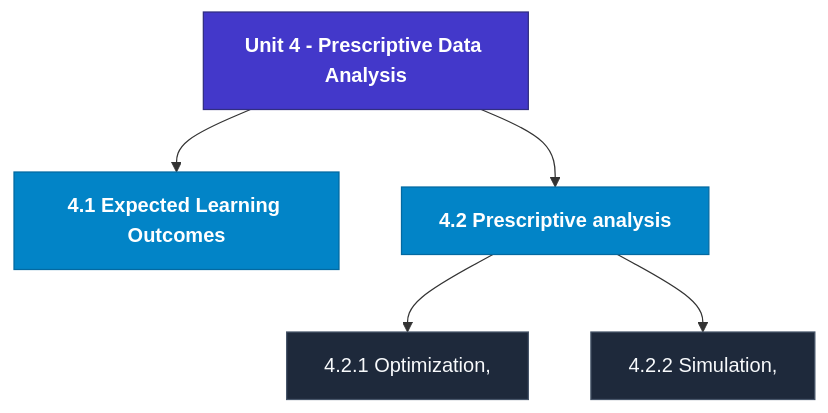
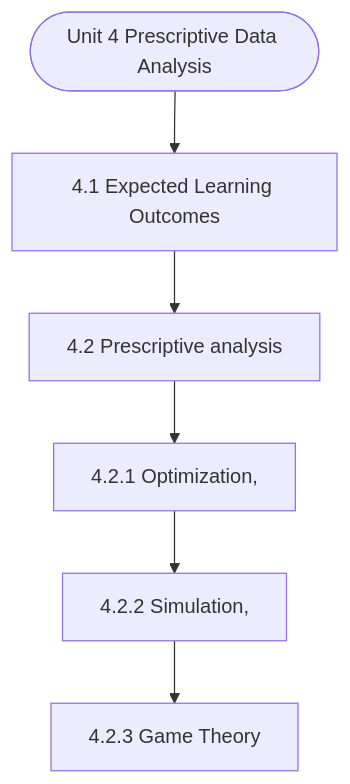
One commit to Asutosh-Coaching/mscdsa changed the diagram in notes/Semester_2/MCS-068_Predictive_Data_Analysis/unit_04_Prescriptive_Data_Analysis.md. Above: the diagram before and after it, drawn with Mermaid. The commit also changed other lines of this file and 115 other files, not shown here.

Commit message:
Fix Mermaid layout for mobile, isolate LaTeX delimiters, and add GitHub Pages reader

````diff
--- a/notes/Semester_2/MCS-068_Predictive_Data_Analysis/unit_04_Prescriptive_Data_Analysis.md
+++ b/notes/Semester_2/MCS-068_Predictive_Data_Analysis/unit_04_Prescriptive_Data_Analysis.md
@@ -19,17 +19,14 @@
 ```mermaid
 flowchart TD
-  %% Styling Definitions
-  classDef head fill:#4338ca,stroke:#312e81,color:#ffffff,font-weight:bold;
-  classDef topic fill:#0284c7,stroke:#0369a1,color:#ffffff,font-weight:600;
-  classDef sub fill:#1e293b,stroke:#475569,color:#f8fafc;
-
-  Root["Unit 4 - Prescriptive Data Analysis"]:::head
-  M1["4.1 Expected Learning Outcomes"]:::topic
-  Root --> M1
-  M2["4.2 Prescriptive analysis"]:::topic
-  Root --> M2
-  M2_1["4.2.1 Optimization,"]:::sub
-  M2 --> M2_1
-  M2_2["4.2.2 Simulation,"]:::sub
-  M2 --> M2_2
+  Start(["Unit 4 Prescriptive Data Analysis"])
+  N1["4.1 Expected Learning Outcomes"]
+  N2["4.2 Prescriptive analysis"]
+  N3["4.2.1 Optimization,"]
+  N4["4.2.2 Simulation,"]
+  N5["4.2.3 Game Theory"]
+  Start --> N1
+  N1 --> N2
+  N2 --> N3
+  N3 --> N4
+  N4 --> N5
 ```
````
